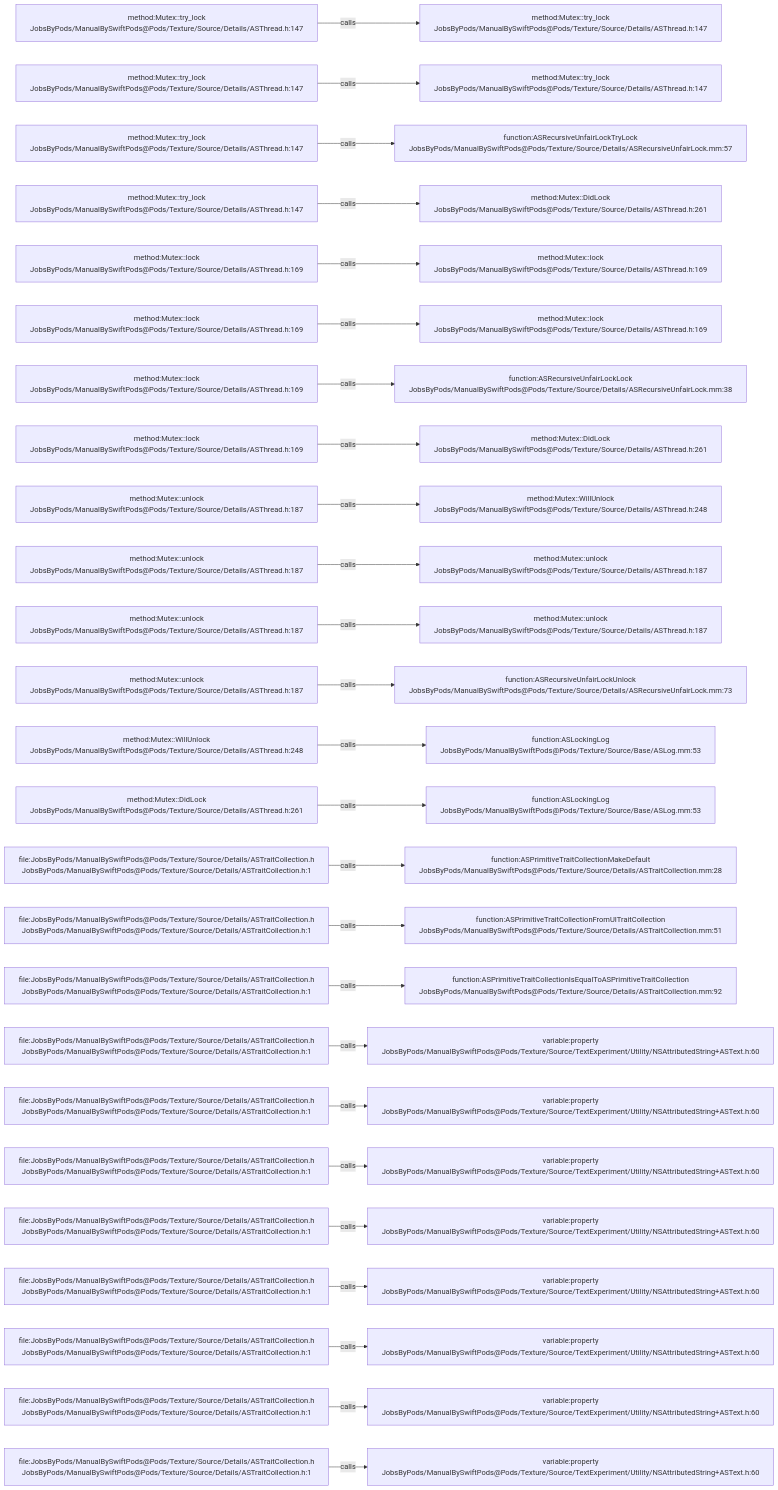
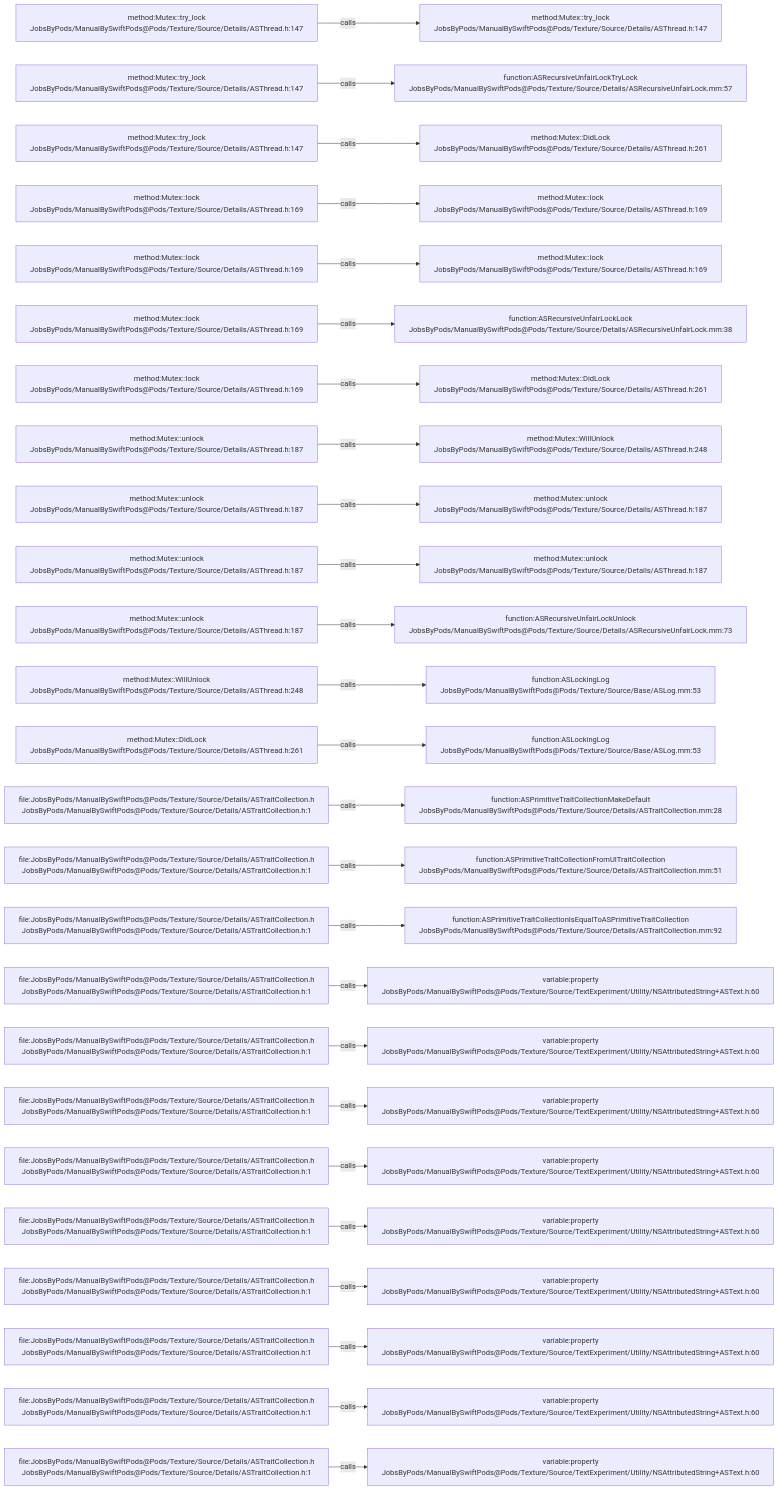
The diagram in .codegraph/codegraph.md/graphs/calls-096.md (JobsKits/JobsSwiftBaseConfigDemo), drawn with Mermaid before and after one commit. The commit also changed 747 other files, not shown here.

````diff
--- a/.codegraph/codegraph.md/graphs/calls-096.md
+++ b/.codegraph/codegraph.md/graphs/calls-096.md
@@ -13,78 +13,78 @@
 ```mermaid
 flowchart LR
   S1["method:Mutex::try_lock<br/>JobsByPods/ManualBySwiftPods@Pods/Texture/Source/Details/ASThread.h:147"]
   T1["method:Mutex::try_lock<br/>JobsByPods/ManualBySwiftPods@Pods/Texture/Source/Details/ASThread.h:147"]
   S1 -->|calls| T1
   S2["method:Mutex::try_lock<br/>JobsByPods/ManualBySwiftPods@Pods/Texture/Source/Details/ASThread.h:147"]
-  T2["method:Mutex::try_lock<br/>JobsByPods/ManualBySwiftPods@Pods/Texture/Source/Details/ASThread.h:147"]
+  T2["function:ASRecursiveUnfairLockTryLock<br/>JobsByPods/ManualBySwiftPods@Pods/Texture/Source/Details/ASRecursiveUnfairLock.mm:57"]
   S2 -->|calls| T2
   S3["method:Mutex::try_lock<br/>JobsByPods/ManualBySwiftPods@Pods/Texture/Source/Details/ASThread.h:147"]
-  T3["function:ASRecursiveUnfairLockTryLock<br/>JobsByPods/ManualBySwiftPods@Pods/Texture/Source/Details/ASRecursiveUnfairLock.mm:57"]
+  T3["method:Mutex::DidLock<br/>JobsByPods/ManualBySwiftPods@Pods/Texture/Source/Details/ASThread.h:261"]
   S3 -->|calls| T3
-  S4["method:Mutex::try_lock<br/>JobsByPods/ManualBySwiftPods@Pods/Texture/Source/Details/ASThread.h:147"]
-  T4["method:Mutex::DidLock<br/>JobsByPods/ManualBySwiftPods@Pods/Texture/Source/Details/ASThread.h:261"]
+  S4["method:Mutex::lock<br/>JobsByPods/ManualBySwiftPods@Pods/Texture/Source/Details/ASThread.h:169"]
+  T4["method:Mutex::lock<br/>JobsByPods/ManualBySwiftPods@Pods/Texture/Source/Details/ASThread.h:169"]
   S4 -->|calls| T4
   S5["method:Mutex::lock<br/>JobsByPods/ManualBySwiftPods@Pods/Texture/Source/Details/ASThread.h:169"]
   T5["method:Mutex::lock<br/>JobsByPods/ManualBySwiftPods@Pods/Texture/Source/Details/ASThread.h:169"]
   S5 -->|calls| T5
   S6["method:Mutex::lock<br/>JobsByPods/ManualBySwiftPods@Pods/Texture/Source/Details/ASThread.h:169"]
-  T6["method:Mutex::lock<br/>JobsByPods/ManualBySwiftPods@Pods/Texture/Source/Details/ASThread.h:169"]
+  T6["function:ASRecursiveUnfairLockLock<br/>JobsByPods/ManualBySwiftPods@Pods/Texture/Source/Details/ASRecursiveUnfairLock.mm:38"]
   S6 -->|calls| T6
   S7["method:Mutex::lock<br/>JobsByPods/ManualBySwiftPods@Pods/Texture/Source/Details/ASThread.h:169"]
-  T7["function:ASRecursiveUnfairLockLock<br/>JobsByPods/ManualBySwiftPods@Pods/Texture/Source/Details/ASRecursiveUnfairLock.mm:38"]
+  T7["method:Mutex::DidLock<br/>JobsByPods/ManualBySwiftPods@Pods/Texture/Source/Details/ASThread.h:261"]
   S7 -->|calls| T7
-  S8["method:Mutex::lock<br/>JobsByPods/ManualBySwiftPods@Pods/Texture/Source/Details/ASThread.h:169"]
-  T8["method:Mutex::DidLock<br/>JobsByPods/ManualBySwiftPods@Pods/Texture/Source/Details/ASThread.h:261"]
+  S8["method:Mutex::unlock<br/>JobsByPods/ManualBySwiftPods@Pods/Texture/Source/Details/ASThread.h:187"]
+  T8["method:Mutex::WillUnlock<br/>JobsByPods/ManualBySwiftPods@Pods/Texture/Source/Details/ASThread.h:248"]
   S8 -->|calls| T8
   S9["method:Mutex::unlock<br/>JobsByPods/ManualBySwiftPods@Pods/Texture/Source/Details/ASThread.h:187"]
-  T9["method:Mutex::WillUnlock<br/>JobsByPods/ManualBySwiftPods@Pods/Texture/Source/Details/ASThread.h:248"]
+  T9["method:Mutex::unlock<br/>JobsByPods/ManualBySwiftPods@Pods/Texture/Source/Details/ASThread.h:187"]
   S9 -->|calls| T9
   S10["method:Mutex::unlock<br/>JobsByPods/ManualBySwiftPods@Pods/Texture/Source/Details/ASThread.h:187"]
   T10["method:Mutex::unlock<br/>JobsByPods/ManualBySwiftPods@Pods/Texture/Source/Details/ASThread.h:187"]
   S10 -->|calls| T10
   S11["method:Mutex::unlock<br/>JobsByPods/ManualBySwiftPods@Pods/Texture/Source/Details/ASThread.h:187"]
-  T11["method:Mutex::unlock<br/>JobsByPods/ManualBySwiftPods@Pods/Texture/Source/Details/ASThread.h:187"]
+  T11["function:ASRecursiveUnfairLockUnlock<br/>JobsByPods/ManualBySwiftPods@Pods/Texture/Source/Details/ASRecursiveUnfairLock.mm:73"]
   S11 -->|calls| T11
-  S12["method:Mutex::unlock<br/>JobsByPods/ManualBySwiftPods@Pods/Texture/Source/Details/ASThread.h:187"]
-  T12["function:ASRecursiveUnfairLockUnlock<br/>JobsByPods/ManualBySwiftPods@Pods/Texture/Source/Details/ASRecursiveUnfairLock.mm:73"]
+  S12["method:Mutex::WillUnlock<br/>JobsByPods/ManualBySwiftPods@Pods/Texture/Source/Details/ASThread.h:248"]
+  T12["function:ASLockingLog<br/>JobsByPods/ManualBySwiftPods@Pods/Texture/Source/Base/ASLog.mm:53"]
   S12 -->|calls| T12
-  S13["method:Mutex::WillUnlock<br/>JobsByPods/ManualBySwiftPods@Pods/Texture/Source/Details/ASThread.h:248"]
+  S13["method:Mutex::DidLock<br/>JobsByPods/ManualBySwiftPods@Pods/Texture/Source/Details/ASThread.h:261"]
   T13["function:ASLockingLog<br/>JobsByPods/ManualBySwiftPods@Pods/Texture/Source/Base/ASLog.mm:53"]
   S13 -->|calls| T13
-  S14["method:Mutex::DidLock<br/>JobsByPods/ManualBySwiftPods@Pods/Texture/Source/Details/ASThread.h:261"]
-  T14["function:ASLockingLog<br/>JobsByPods/ManualBySwiftPods@Pods/Texture/Source/Base/ASLog.mm:53"]
+  S14["file:JobsByPods/ManualBySwiftPods@Pods/Texture/Source/Details/ASTraitCollection.h<br/>JobsByPods/ManualBySwiftPods@Pods/Texture/Source/Details/ASTraitCollection.h:1"]
+  T14["function:ASPrimitiveTraitCollectionMakeDefault<br/>JobsByPods/ManualBySwiftPods@Pods/Texture/Source/Details/ASTraitCollection.mm:28"]
   S14 -->|calls| T14
   S15["file:JobsByPods/ManualBySwiftPods@Pods/Texture/Source/Details/ASTraitCollection.h<br/>JobsByPods/ManualBySwiftPods@Pods/Texture/Source/Details/ASTraitCollection.h:1"]
-  T15["function:ASPrimitiveTraitCollectionMakeDefault<br/>JobsByPods/ManualBySwiftPods@Pods/Texture/Source/Details/ASTraitCollection.mm:28"]
+  T15["function:ASPrimitiveTraitCollectionFromUITraitCollection<br/>JobsByPods/ManualBySwiftPods@Pods/Texture/Source/Details/ASTraitCollection.mm:51"]
   S15 -->|calls| T15
   S16["file:JobsByPods/ManualBySwiftPods@Pods/Texture/Source/Details/ASTraitCollection.h<br/>JobsByPods/ManualBySwiftPods@Pods/Texture/Source/Details/ASTraitCollection.h:1"]
-  T16["function:ASPrimitiveTraitCollectionFromUITraitCollection<br/>JobsByPods/ManualBySwiftPods@Pods/Texture/Source/Details/ASTraitCollection.mm:51"]
+  T16["function:ASPrimitiveTraitCollectionIsEqualToASPrimitiveTraitCollection<br/>JobsByPods/ManualBySwiftPods@Pods/Texture/Source/Details/ASTraitCollection.mm:92"]
   S16 -->|calls| T16
   S17["file:JobsByPods/ManualBySwiftPods@Pods/Texture/Source/Details/ASTraitCollection.h<br/>JobsByPods/ManualBySwiftPods@Pods/Texture/Source/Details/ASTraitCollection.h:1"]
-  T17["function:ASPrimitiveTraitCollectionIsEqualToASPrimitiveTraitCollection<br/>JobsByPods/ManualBySwiftPods@Pods/Texture/Source/Details/ASTraitCollection.mm:92"]
+  T17["variable:property<br/>JobsByPods/ManualBySwiftPods@Pods/Texture/Source/TextExperiment/Utility/NSAttributedString+ASText.h:60"]
   S17 -->|calls| T17
   S18["file:JobsByPods/ManualBySwiftPods@Pods/Texture/Source/Details/ASTraitCollection.h<br/>JobsByPods/ManualBySwiftPods@Pods/Texture/Source/Details/ASTraitCollection.h:1"]
   T18["variable:property<br/>JobsByPods/ManualBySwiftPods@Pods/Texture/Source/TextExperiment/Utility/NSAttributedString+ASText.h:60"]
   S18 -->|calls| T18
   S19["file:JobsByPods/ManualBySwiftPods@Pods/Texture/Source/Details/ASTraitCollection.h<br/>JobsByPods/ManualBySwiftPods@Pods/Texture/Source/Details/ASTraitCollection.h:1"]
   T19["variable:property<br/>JobsByPods/ManualBySwiftPods@Pods/Texture/Source/TextExperiment/Utility/NSAttributedString+ASText.h:60"]
   S19 -->|calls| T19
   S20["file:JobsByPods/ManualBySwiftPods@Pods/Texture/Source/Details/ASTraitCollection.h<br/>JobsByPods/ManualBySwiftPods@Pods/Texture/Source/Details/ASTraitCollection.h:1"]
   T20["variable:property<br/>JobsByPods/ManualBySwiftPods@Pods/Texture/Source/TextExperiment/Utility/NSAttributedString+ASText.h:60"]
   S20 -->|calls| T20
   S21["file:JobsByPods/ManualBySwiftPods@Pods/Texture/Source/Details/ASTraitCollection.h<br/>JobsByPods/ManualBySwiftPods@Pods/Texture/Source/Details/ASTraitCollection.h:1"]
   T21["variable:property<br/>JobsByPods/ManualBySwiftPods@Pods/Texture/Source/TextExperiment/Utility/NSAttributedString+ASText.h:60"]
   S21 -->|calls| T21
   S22["file:JobsByPods/ManualBySwiftPods@Pods/Texture/Source/Details/ASTraitCollection.h<br/>JobsByPods/ManualBySwiftPods@Pods/Texture/Source/Details/ASTraitCollection.h:1"]
   T22["variable:property<br/>JobsByPods/ManualBySwiftPods@Pods/Texture/Source/TextExperiment/Utility/NSAttributedString+ASText.h:60"]
   S22 -->|calls| T22
   S23["file:JobsByPods/ManualBySwiftPods@Pods/Texture/Source/Details/ASTraitCollection.h<br/>JobsByPods/ManualBySwiftPods@Pods/Texture/Source/Details/ASTraitCollection.h:1"]
   T23["variable:property<br/>JobsByPods/ManualBySwiftPods@Pods/Texture/Source/TextExperiment/Utility/NSAttributedString+ASText.h:60"]
   S23 -->|calls| T23
   S24["file:JobsByPods/ManualBySwiftPods@Pods/Texture/Source/Details/ASTraitCollection.h<br/>JobsByPods/ManualBySwiftPods@Pods/Texture/Source/Details/ASTraitCollection.h:1"]
   T24["variable:property<br/>JobsByPods/ManualBySwiftPods@Pods/Texture/Source/TextExperiment/Utility/NSAttributedString+ASText.h:60"]
   S24 -->|calls| T24
   S25["file:JobsByPods/ManualBySwiftPods@Pods/Texture/Source/Details/ASTraitCollection.h<br/>JobsByPods/ManualBySwiftPods@Pods/Texture/Source/Details/ASTraitCollection.h:1"]
   T25["variable:property<br/>JobsByPods/ManualBySwiftPods@Pods/Texture/Source/TextExperiment/Utility/NSAttributedString+ASText.h:60"]
   S25 -->|calls| T25
 ```
````
